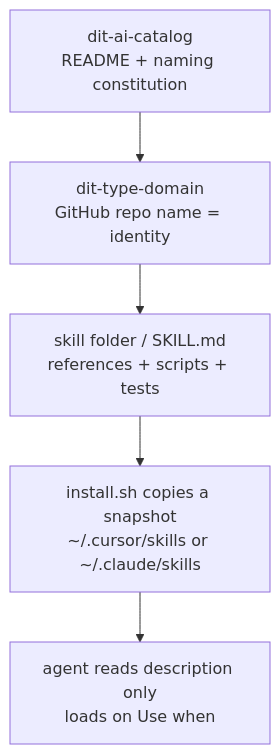
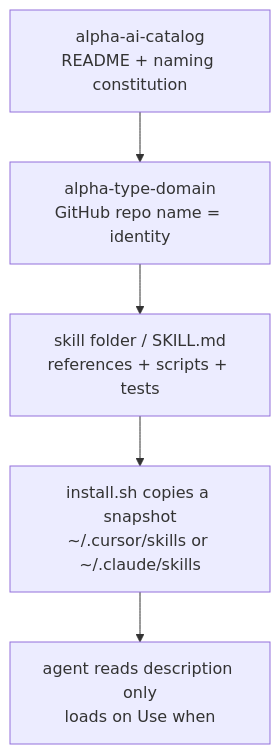
One commit to CloudsDocker/cloudsdocker.github.io changed the diagram in raw/2026-10-20-ai-catalog-names-are-the-runtime-en.md. Above: the diagram before and after it, drawn with Mermaid. The commit also changed other lines of this file and 11 other files, not shown here.

````diff
--- a/raw/2026-10-20-ai-catalog-names-are-the-runtime-en.md
+++ b/raw/2026-10-20-ai-catalog-names-are-the-runtime-en.md
@@ -43,7 +47,7 @@
 ```mermaid
 flowchart TD
-  A["dit-ai-catalog<br/>README + naming constitution"] --> B["dit-type-domain<br/>GitHub repo name = identity"]
+  A["alpha-ai-catalog<br/>README + naming constitution"] --> B["alpha-type-domain<br/>GitHub repo name = identity"]
   B --> C["skill folder / SKILL.md<br/>references + scripts + tests"]
   C --> D["install.sh copies a snapshot<br/>~/.cursor/skills or ~/.claude/skills"]
   D --> E["agent reads description only<br/>loads on Use when"]
 ```
````
